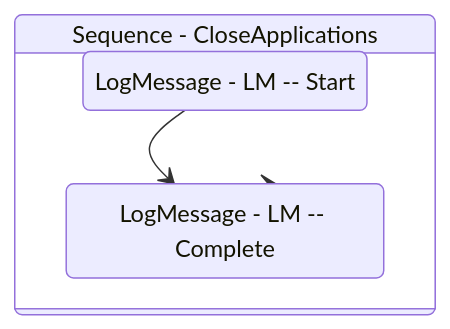
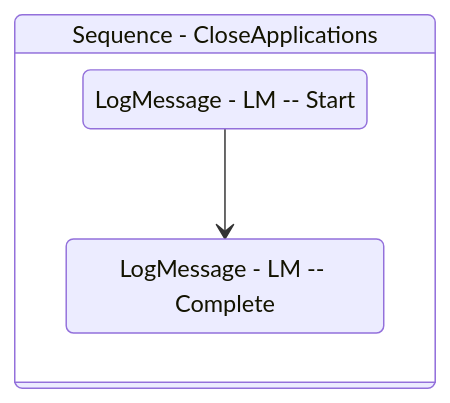
One commit to yashbrahmbhatt/LazyFramework changed the diagram in Documentation/.templates/Performers/Basic/Framework/CloseApplications.md. Above: the diagram before and after it, drawn with Mermaid. The commit also changed other lines of this file and 83 other files, not shown here.

````diff
--- a/Documentation/.templates/Performers/Basic/Framework/CloseApplications.md
+++ b/Documentation/.templates/Performers/Basic/Framework/CloseApplications.md
@@ -100,12 +102,12 @@
 ```mermaid
 stateDiagram-v2
+
 
 Sequence_1: Sequence - CloseApplications
 state Sequence_1 {
 direction TB
 LogMessage_1 : LogMessage - LM -- Start
 LogMessage_2 : LogMessage - LM -- Complete
 LogMessage_1 --> LogMessage_2
 }
-LogMessage_2 --> Sequence_1
 ```
````
